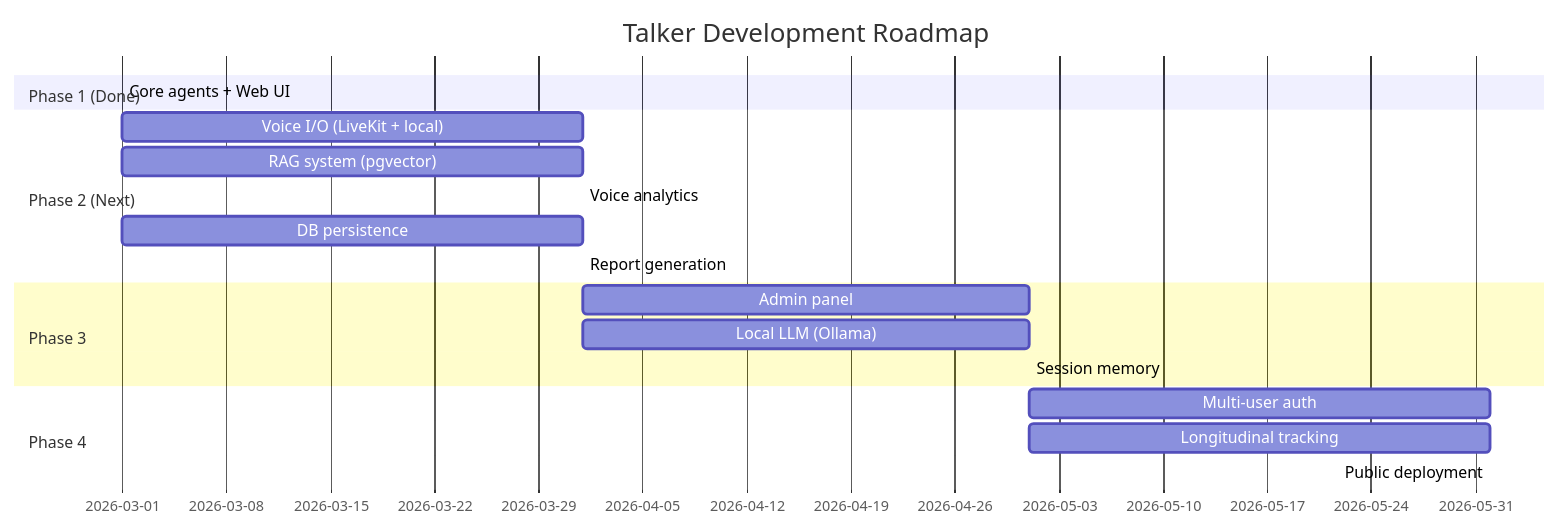
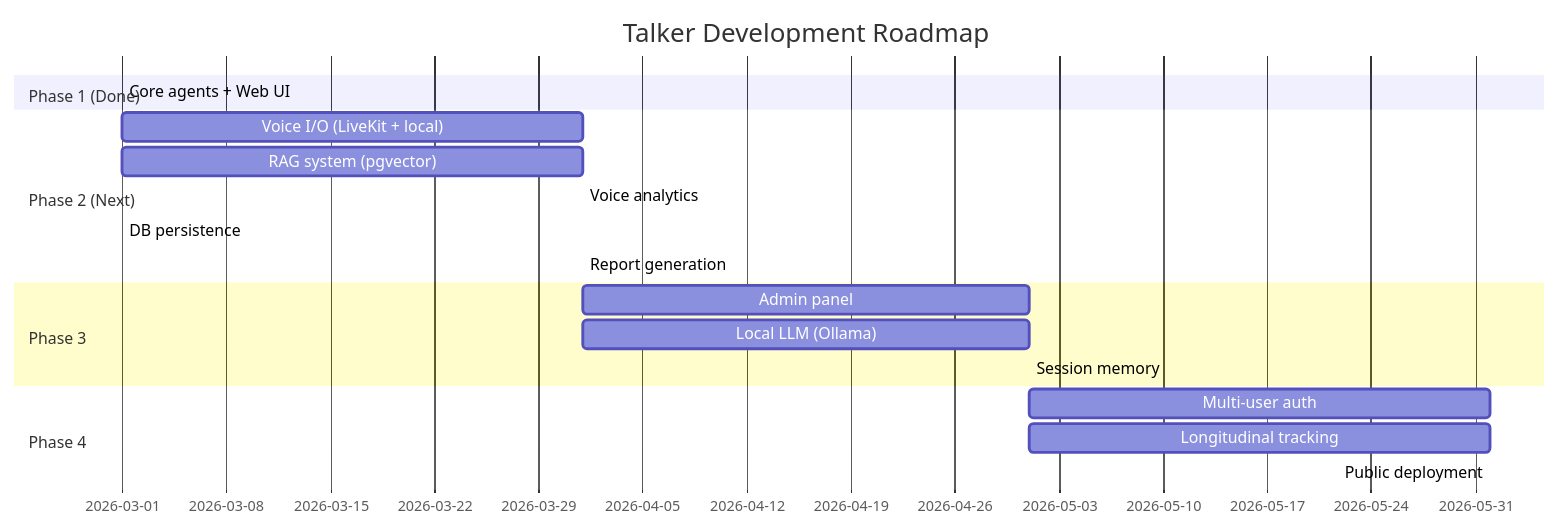
Diagram 11 of 11 in docs/architecture.md (bodharma/talker), drawn with Mermaid before and after one commit. The commit also changed other lines of this file and 4 other files, not shown here.

First line of the commit message:
feat: add Dockerfile, update architecture docs for DB persistence

````diff
--- a/docs/architecture.md
+++ b/docs/architecture.md
@@ -432,21 +435,21 @@
 ```mermaid
 gantt
     title Talker Development Roadmap
     dateFormat YYYY-MM
     section Phase 1 (Done)
         Core agents + Web UI          :done, p1, 2026-03, 2026-03
     section Phase 2 (Next)
         Voice I/O (LiveKit + local)   :p2a, 2026-03, 2026-04
         RAG system (pgvector)         :p2b, 2026-03, 2026-04
         Voice analytics               :p2c, 2026-04, 2026-04
-        DB persistence                :p2d, 2026-03, 2026-04
+        DB persistence                :done, p2d, 2026-03, 2026-03
         Report generation             :p2e, 2026-04, 2026-04
     section Phase 3
         Admin panel                   :p3a, 2026-04, 2026-05
         Local LLM (Ollama)            :p3b, 2026-04, 2026-05
         Session memory                :p3c, 2026-05, 2026-05
     section Phase 4
         Multi-user auth               :p4a, 2026-05, 2026-06
         Longitudinal tracking         :p4b, 2026-05, 2026-06
         Public deployment             :p4c, 2026-06, 2026-06
 ```
````
